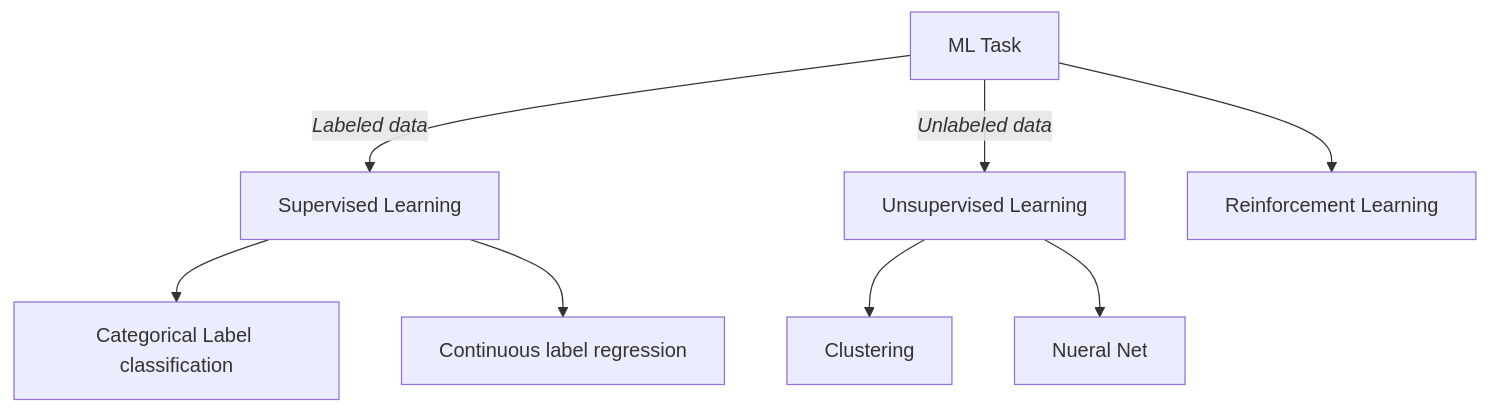
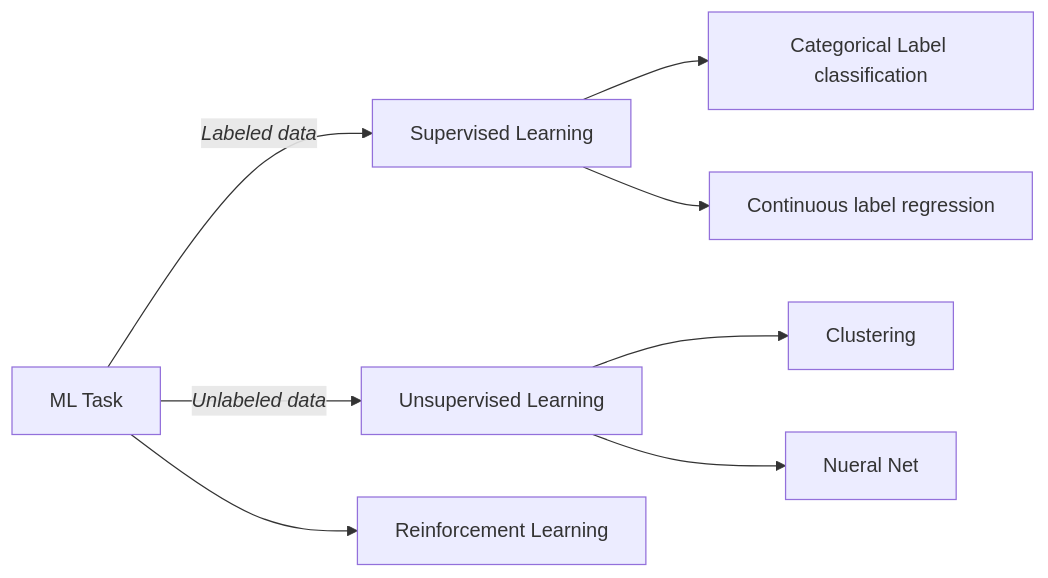
One commit to Nisarg221B/Notes changed the diagram in Technical Learning Notes/ML notes/Deep Racer Notes/Machine Learning/The five steps of machine learning.md. Above: the diagram before and after it, drawn with Mermaid. The commit also changed 2 other files, not shown here.

Commit message:
vault backup: 2023-04-04 11:27:56

````diff
--- a/Technical Learning Notes/ML notes/Deep Racer Notes/Machine Learning/The five steps of machine learning.md
+++ b/Technical Learning Notes/ML notes/Deep Racer Notes/Machine Learning/The five steps of machine learning.md
@@ -22,10 +22,10 @@
 ```mermaid
-graph TD;
+graph LR;
 	id1[ML Task] -- <i>Labeled data</i> --> id2[Supervised Learning]:::fuellungrot;
 	id1 -- <i>Unlabeled data</i> --> id3[Unsupervised Learning];
 	id1 --> id4[Reinforcement Learning];
 	id2 --> id5[Categorical Label classification];
 	id2 --> id6[Continuous label regression];
 	id3 --> id7[Clustering];
 	id3 --> id8[Nueral Net];
 ```
````
